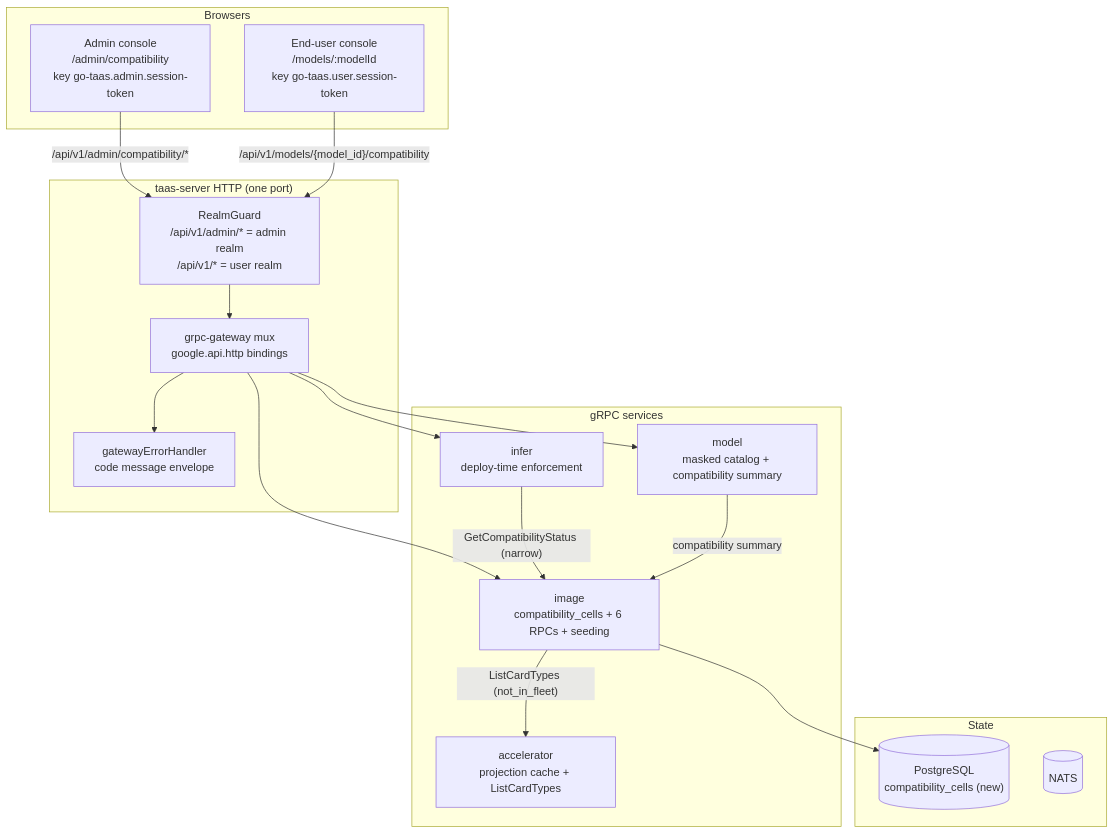
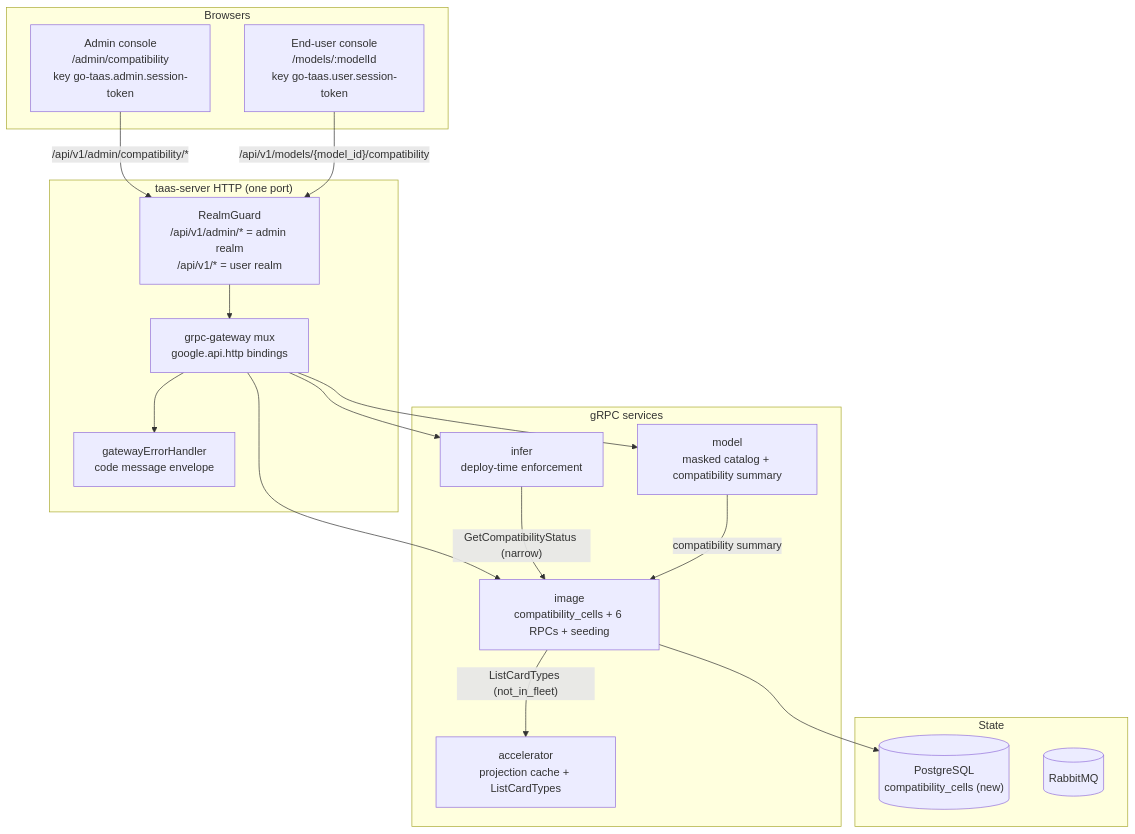
One commit to go-taas/go-taas changed the first of 7 diagrams in site/docs/architecture/compatibility-matrix.md. Above: the diagram before and after it, drawn with Mermaid. The commit also changed 35 other files, not shown here.

First line of the commit message:
docs: replace NATS with RabbitMQ across docs

````diff
--- a/site/docs/architecture/compatibility-matrix.md
+++ b/site/docs/architecture/compatibility-matrix.md
@@ -79,37 +79,37 @@
 ```mermaid
 flowchart TD
     subgraph browsers["Browsers"]
         AC["Admin console<br/>/admin/compatibility<br/>key go-taas.admin.session-token"]
         UC["End-user console<br/>/models/:modelId<br/>key go-taas.user.session-token"]
     end
 
     subgraph gateway["taas-server HTTP (one port)"]
         GUARD["RealmGuard<br/>/api/v1/admin/* = admin realm<br/>/api/v1/* = user realm"]
         MUX["grpc-gateway mux<br/>google.api.http bindings"]
         ERR["gatewayErrorHandler<br/>code message envelope"]
     end
 
     subgraph services["gRPC services"]
         IMG["image<br/>compatibility_cells + 6 RPCs + seeding"]
         ACC["accelerator<br/>projection cache + ListCardTypes"]
         INF["infer<br/>deploy-time enforcement"]
         MOD["model<br/>masked catalog + compatibility summary"]
     end
 
     subgraph stores["State"]
         PG[("PostgreSQL<br/>compatibility_cells (new)")]
-        MQ[("NATS")]
+        MQ[("RabbitMQ")]
     end
 
     AC -->|"/api/v1/admin/compatibility/*"| GUARD
     UC -->|"/api/v1/models/{model_id}/compatibility"| GUARD
     GUARD --> MUX
     MUX --> ERR
     MUX --> IMG
     MUX --> INF
     MUX --> MOD
     IMG --> PG
     IMG -->|"ListCardTypes (not_in_fleet)"| ACC
     INF -->|"GetCompatibilityStatus (narrow)"| IMG
     MOD -->|"compatibility summary"| IMG
 ```
````
